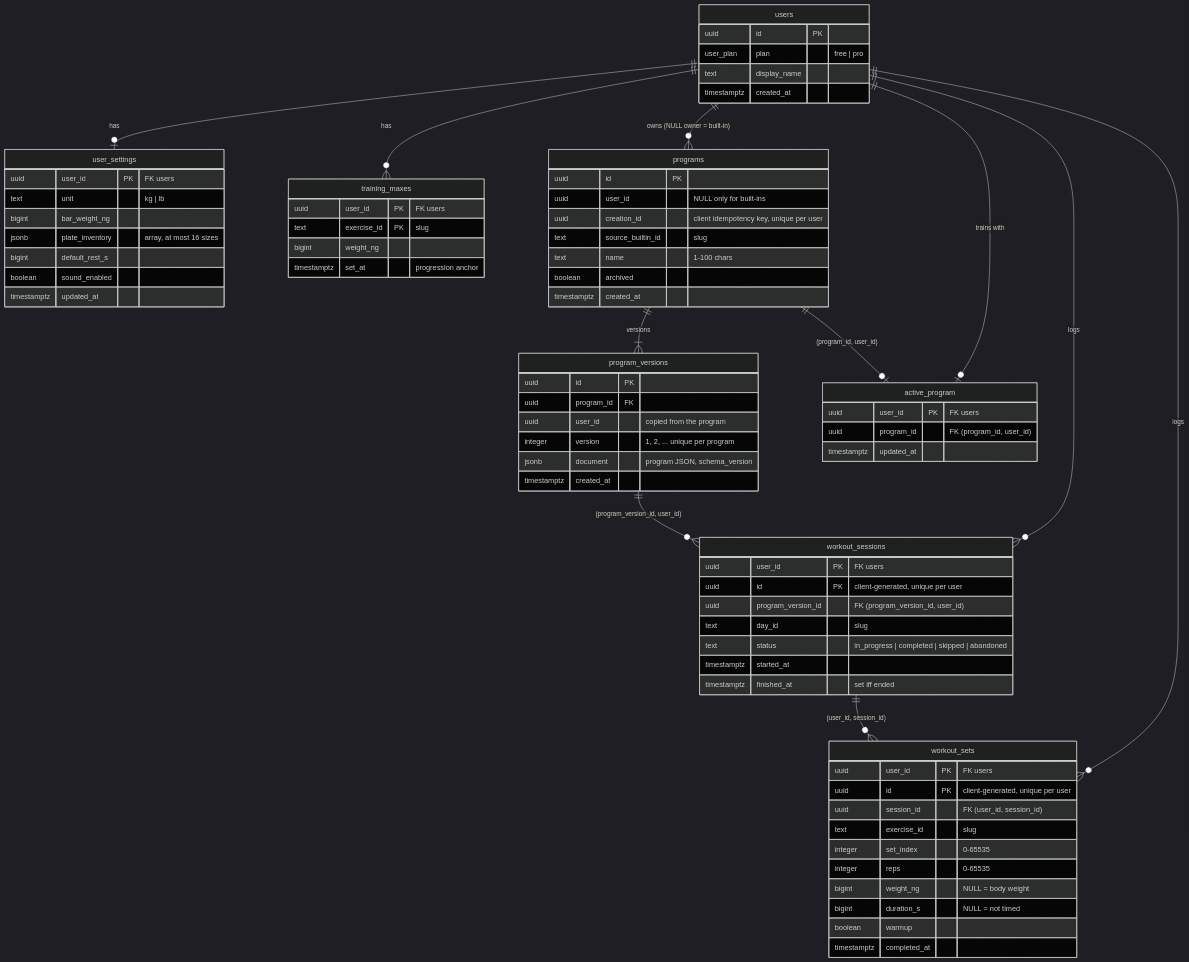
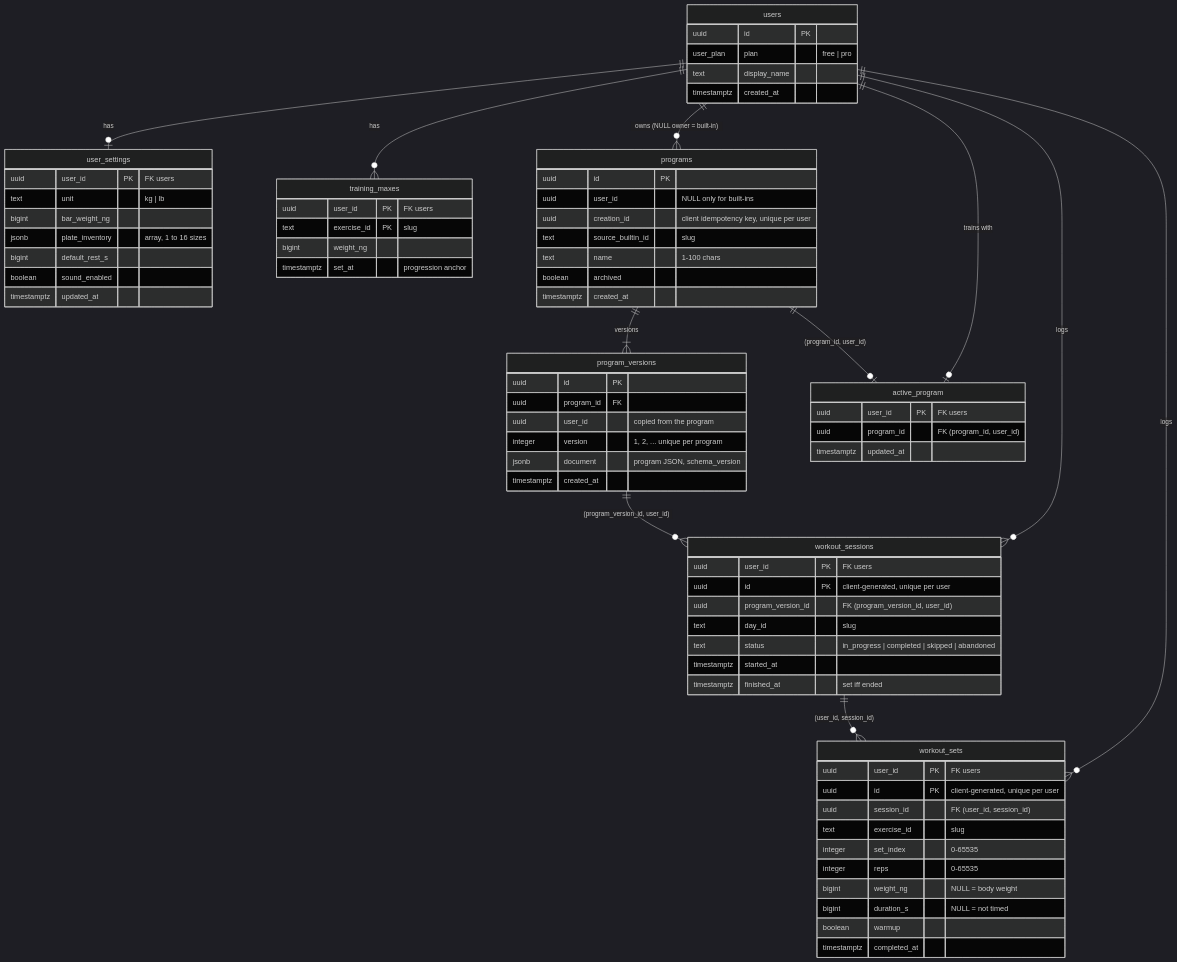
One commit to fe2o3-labs/Iron-Oxide changed the diagram in docs/database.md. Above: the diagram before and after it, drawn with Mermaid (dark theme). The commit also changed other lines of this file and 2 other files, not shown here.

````diff
--- a/docs/database.md
+++ b/docs/database.md
@@ -14,78 +14,78 @@
 ```mermaid
 erDiagram
     users ||--o| user_settings : "has"
     users ||--o{ training_maxes : "has"
     users ||--o{ programs : "owns (NULL owner = built-in)"
     programs ||--|{ program_versions : "versions"
     users ||--o| active_program : "trains with"
     programs ||--o| active_program : "(program_id, user_id)"
     users ||--o{ workout_sessions : "logs"
     program_versions ||--o{ workout_sessions : "(program_version_id, user_id)"
     users ||--o{ workout_sets : "logs"
     workout_sessions ||--o{ workout_sets : "(user_id, session_id)"
 
     users {
         uuid id PK
         user_plan plan "free | pro"
         text display_name
         timestamptz created_at
     }
     user_settings {
         uuid user_id PK "FK users"
         text unit "kg | lb"
         bigint bar_weight_ng
-        jsonb plate_inventory "array, at most 16 sizes"
+        jsonb plate_inventory "array, 1 to 16 sizes"
         bigint default_rest_s
         boolean sound_enabled
         timestamptz updated_at
     }
     training_maxes {
         uuid user_id PK "FK users"
         text exercise_id PK "slug"
         bigint weight_ng
         timestamptz set_at "progression anchor"
     }
     programs {
         uuid id PK
         uuid user_id "NULL only for built-ins"
         uuid creation_id "client idempotency key, unique per user"
         text source_builtin_id "slug"
         text name "1-100 chars"
         boolean archived
         timestamptz created_at
     }
     program_versions {
         uuid id PK
         uuid program_id FK
         uuid user_id "copied from the program"
         integer version "1, 2, ... unique per program"
         jsonb document "program JSON, schema_version"
         timestamptz created_at
     }
     active_program {
         uuid user_id PK "FK users"
         uuid program_id "FK (program_id, user_id)"
         timestamptz updated_at
     }
     workout_sessions {
         uuid user_id PK "FK users"
         uuid id PK "client-generated, unique per user"
         uuid program_version_id "FK (program_version_id, user_id)"
         text day_id "slug"
         text status "in_progress | completed | skipped | abandoned"
         timestamptz started_at
         timestamptz finished_at "set iff ended"
     }
     workout_sets {
         uuid user_id PK "FK users"
         uuid id PK "client-generated, unique per user"
         uuid session_id "FK (user_id, session_id)"
         text exercise_id "slug"
         integer set_index "0-65535"
         integer reps "0-65535"
         bigint weight_ng "NULL = body weight"
         bigint duration_s "NULL = not timed"
         boolean warmup
         timestamptz completed_at
     }
 ```
````
